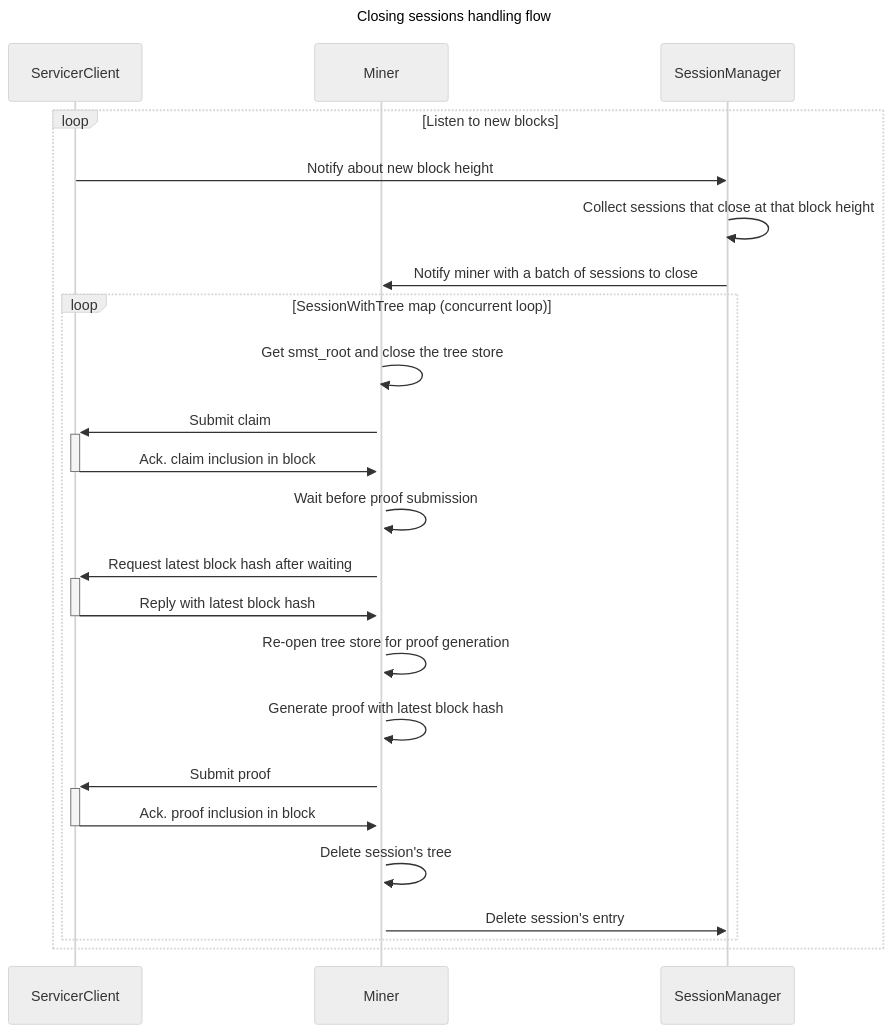
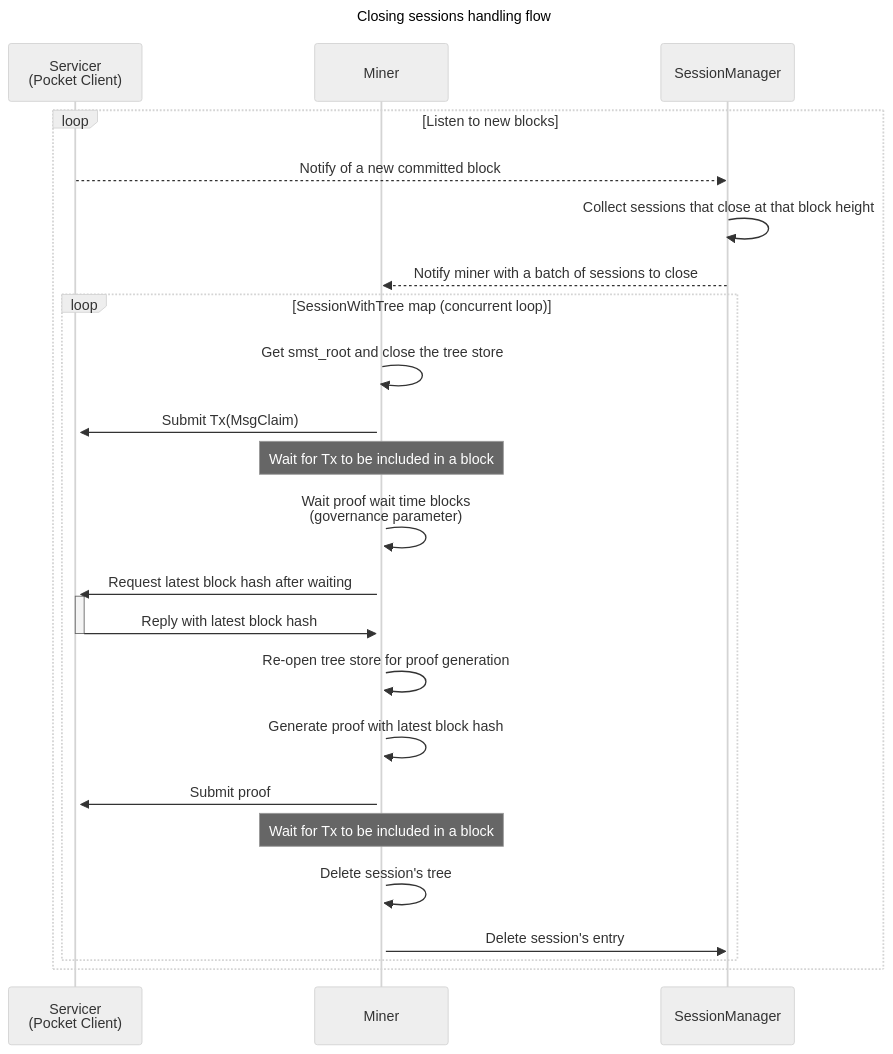
The diagram in docs/session_claim_proof.md (pokt-network/poktroll-alpha), drawn with Mermaid (neutral theme) before and after one commit. The commit also changed other lines of this file and 1 other file, not shown here.

Commit message:
address review comments

````diff
--- a/docs/session_claim_proof.md
+++ b/docs/session_claim_proof.md
@@ -1,28 +5,28 @@
 ```mermaid
 sequenceDiagram
   title: Closing sessions handling flow
-  participant ServicerClient
+  participant Servicer as Servicer<br>(Pocket Client)
   participant Miner
   participant SessionManager
 
   loop Listen to new blocks
-      ServicerClient ->> SessionManager: Notify about new block height
+      Servicer -->> SessionManager: Notify of a new committed block
       SessionManager ->> SessionManager: Collect sessions that close at that block height
-      SessionManager ->> Miner: Notify miner with a batch of sessions to close
+      SessionManager -->> Miner: Notify miner with a batch of sessions to close
 
       loop SessionWithTree map (concurrent loop)
           Miner ->>+ Miner: Get smst_root and close the tree store
-          Miner ->>+ ServicerClient: Submit claim
-          ServicerClient ->>- Miner: Ack. claim inclusion in block
-          Miner ->> Miner: Wait before proof submission
-          Miner ->>+ ServicerClient: Request latest block hash after waiting
-          ServicerClient ->>- Miner: Reply with latest block hash
+          Miner ->>+ Servicer: Submit Tx(MsgClaim)
+          note over Miner: Wait for Tx to be included in a block
+          Miner ->> Miner: Wait proof wait time blocks<br> (governance parameter)
+          Miner ->>+ Servicer: Request latest block hash after waiting
+          Servicer ->>- Miner: Reply with latest block hash
           Miner ->> Miner: Re-open tree store for proof generation
           Miner ->> Miner: Generate proof with latest block hash
-          Miner ->>+ ServicerClient: Submit proof
-          ServicerClient ->>- Miner: Ack. proof inclusion in block
+          Miner ->>+ Servicer: Submit proof
+          note over Miner: Wait for Tx to be included in a block
           Miner ->> Miner: Delete session's tree
           Miner ->> SessionManager: Delete session's entry
       end
   end
 ```
````
